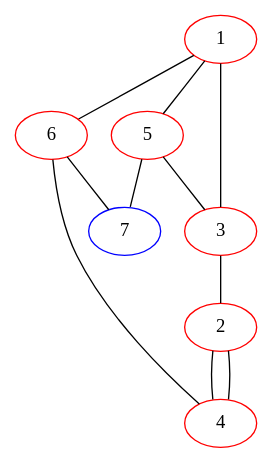
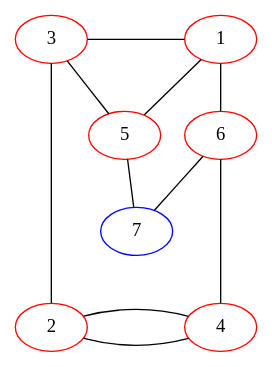
One commit to bilboquet/gamelib changed the diagram in sprouts/113121.dot. Above: the diagram before and after it, drawn with Graphviz. The commit also changed 29 other files, not shown here.

```diff
--- a/sprouts/113121.dot
+++ b/sprouts/113121.dot
@@ -1,28 +1,36 @@
 graph {
-  1 -- 6;
+  3 -- 1;
+  1 -- 6 [weight=4];
   1 -- 5;
-  1 -- 3 [weight=3];
   3 -- 2 [weight=3];
   2 -- 4;
   2 -- 4;
   5 -- 3;
-  6 -- 4;
+  6 -- 4 [weight=4];
   6 -- 7;
   5 -- 7;
 
   {
     rank="same";
-    6;
-    5;
+    3;
+    1;
+
+  }
+
+
+  {
+    rank="sink";
+    2;
+    4;
 
   }
 
   1 [color="red"];
   2 [color="red"];
   3 [color="red"];
   4 [color="red"];
   5 [color="red"];
   6 [color="red"];
   7 [color="blue"];
 
 }
```
